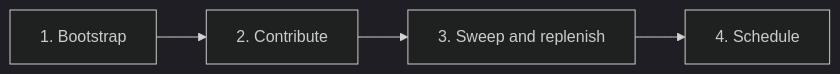
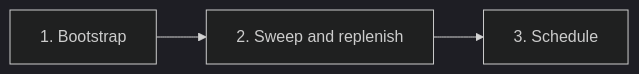
The second of 4 diagrams in README.md (deepujain/skippy), drawn with Mermaid (dark theme) before and after one commit. The commit also changed other lines of this file, not shown here.

````diff
--- a/README.md
+++ b/README.md
@@ -41,6 +41,5 @@
 ```mermaid
 flowchart LR
-  A["1. Bootstrap"] --> B["2. Contribute"]
-  B --> C["3. Sweep and replenish"]
-  C --> D["4. Schedule"]
+  A["1. Bootstrap"] --> B["2. Sweep and replenish"]
+  B --> C["3. Schedule"]
 ```
````
